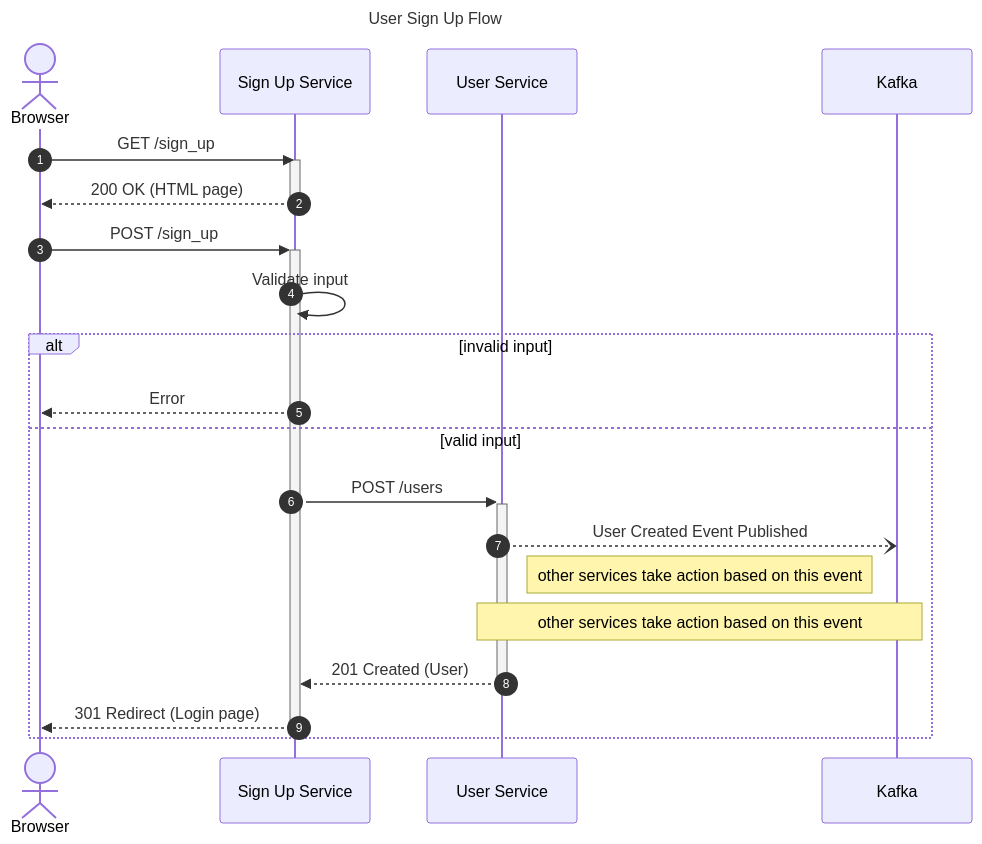
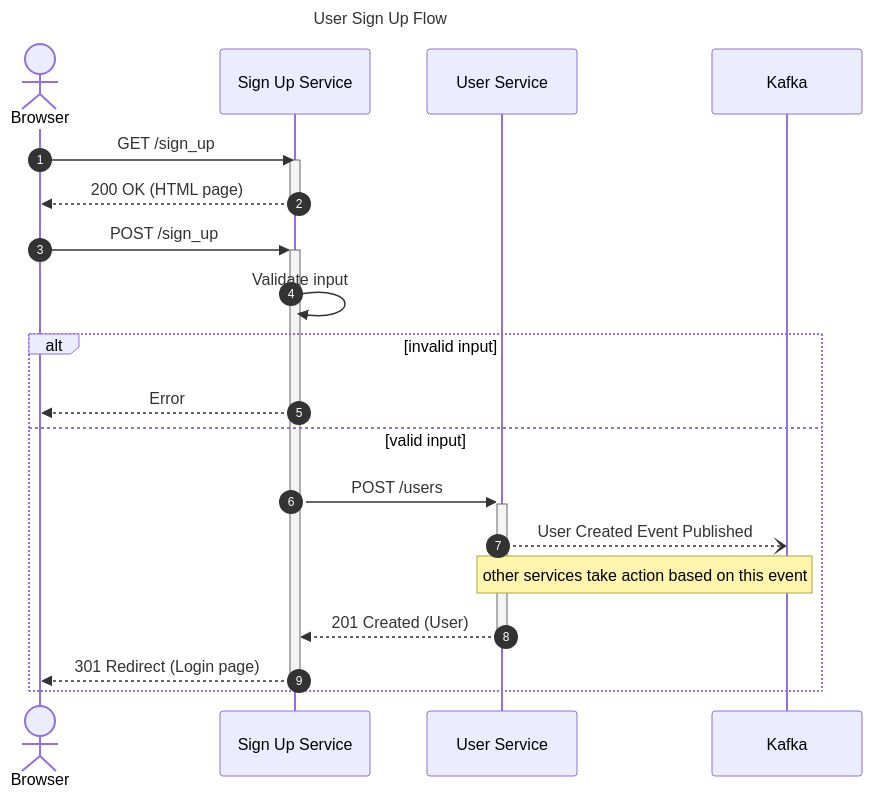
Before and after one commit to cristian658/mermaid-diagram: the diagram in StreamySequence.mmd, drawn with Mermaid. The commit also changed other lines of this file and 1 other file, not shown here.

Commit message:
Sequence Diagram - Link

```diff
--- a/StreamySequence.mmd
+++ b/StreamySequence.mmd
@@ -1,28 +1,31 @@
 ---
 title: User Sign Up Flow
 ---
 sequenceDiagram
   autonumber
   actor Browser
   participant Sign Up Service
   participant User Service
   participant Kafka
   
   Browser->>Sign Up Service: GET /sign_up
   activate Sign Up Service
   Sign Up Service-->>Browser: 200 OK (HTML page)
   deactivate Sign Up Service
 
   Browser->>+Sign Up Service: POST /sign_up
   Sign Up Service->>Sign Up Service: Validate input
 
   alt invalid input
     Sign Up Service-->>Browser: Error
   else valid input
     Sign Up Service->>+User Service: POST /users
     User Service--)Kafka: User Created Event Published
-    Note left of Kafka: other services take action based on this event 
+    %%Note left of Kafka: other services take action based on this event 
     Note over User Service, Kafka: other services take action based on this event
     User Service-->>-Sign Up Service: 201 Created (User)
     Sign Up Service-->>-Browser: 301 Redirect (Login page)
   end
+   
+
+  link User Service: {"Repository" : "https://www.example.com/repository"} 
```
